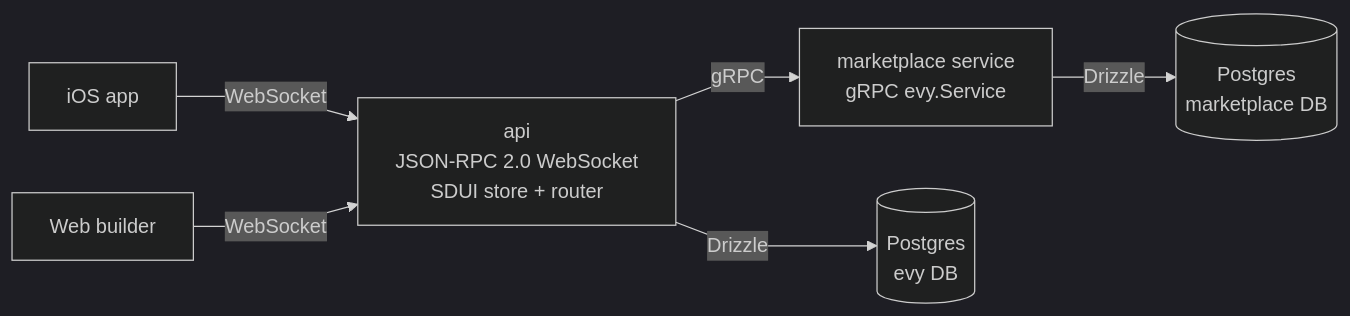
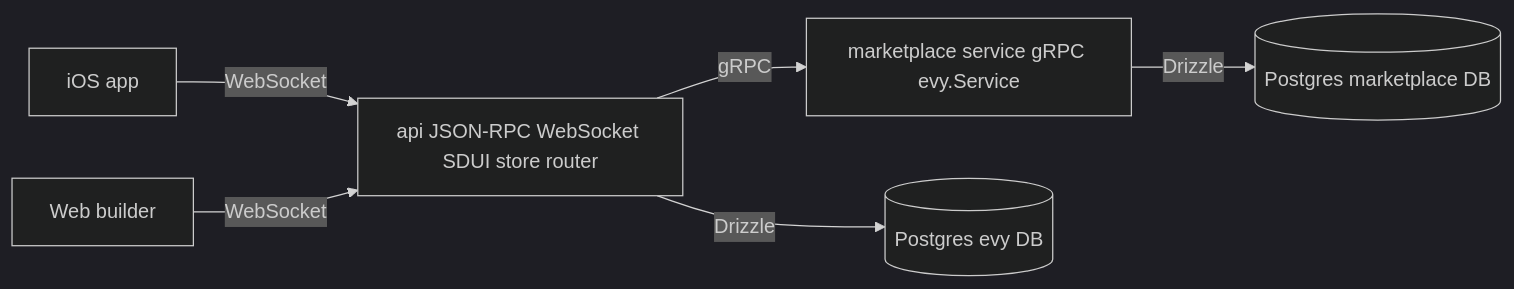
One commit to EVY-Platform/evy changed the diagram in README.md. Above: the diagram before and after it, drawn with Mermaid (dark theme). The commit also changed other lines of this file and 116 other files, not shown here.

First line of the commit message:
[FEAT] Image upload over WebSocket with chunked RPC (#199)

````diff
--- a/README.md
+++ b/README.md
@@ -11,17 +11,16 @@
 ```mermaid
-%%{ init: { 'flowchart': { 'curve': 'linear' } } }%%
 flowchart LR
     ios[iOS app]
     web[Web builder]
 
-    api[api<br/>JSON-RPC 2.0 WebSocket<br/>SDUI store + router]
-    marketplace[marketplace service<br/>gRPC evy.Service]
-    evyDb[(Postgres<br/>evy DB)]
-    mpDb[(Postgres<br/>marketplace DB)]
+    api[api JSON-RPC WebSocket SDUI store router]
+    marketplace[marketplace service gRPC evy.Service]
+    evyDb[(Postgres evy DB)]
+    mpDb[(Postgres marketplace DB)]
 
     ios -- WebSocket --> api
     web -- WebSocket --> api
     api -- Drizzle --> evyDb
     api -- gRPC --> marketplace
     marketplace -- Drizzle --> mpDb
 ```
````
